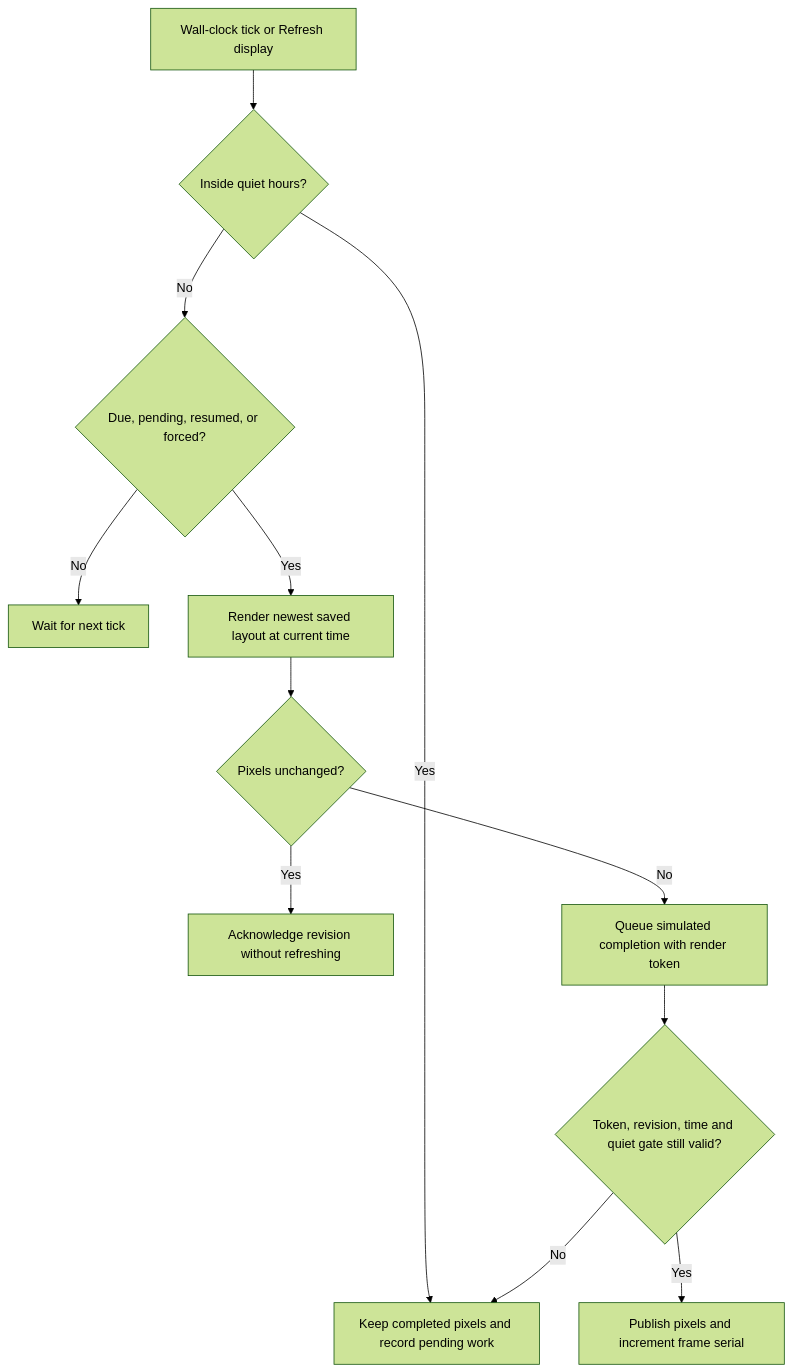
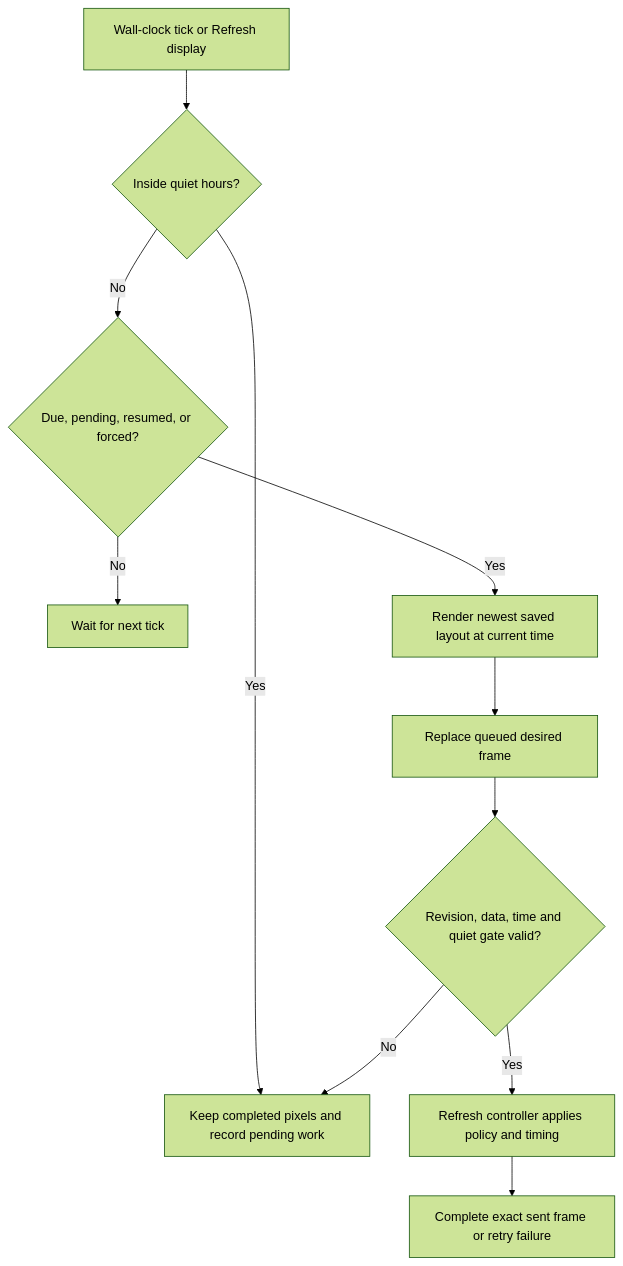
Before and after one commit to Odd-Orbit-Software/Paperphase: the diagram in docs/design/clock-and-refresh.md, drawn with Mermaid (forest theme). The commit also changed other lines of this file and 35 other files, not shown here.

Commit message:
Add simulated refresh controller

````diff
--- a/docs/design/clock-and-refresh.md
+++ b/docs/design/clock-and-refresh.md
@@ -85,14 +86,13 @@
 ```mermaid
 flowchart TD
     Tick[Wall-clock tick or Refresh display] --> Quiet{Inside quiet hours?}
     Quiet -->|Yes| Hold[Keep completed pixels and record pending work]
     Quiet -->|No| Due{Due, pending, resumed, or forced?}
     Due -->|No| Wait[Wait for next tick]
     Due -->|Yes| Render[Render newest saved layout at current time]
-    Render --> Same{Pixels unchanged?}
-    Same -->|Yes| Ack[Acknowledge revision without refreshing]
-    Same -->|No| Queue[Queue simulated completion with render token]
-    Queue --> Check{Token, revision, time and quiet gate still valid?}
-    Check -->|Yes| Complete[Publish pixels and increment frame serial]
+    Render --> Queue[Replace queued desired frame]
+    Queue --> Check{Revision, data, time and quiet gate valid?}
+    Check -->|Yes| Controller[Refresh controller applies policy and timing]
+    Controller --> Complete[Complete exact sent frame or retry failure]
     Check -->|No| Hold
 ```
````
